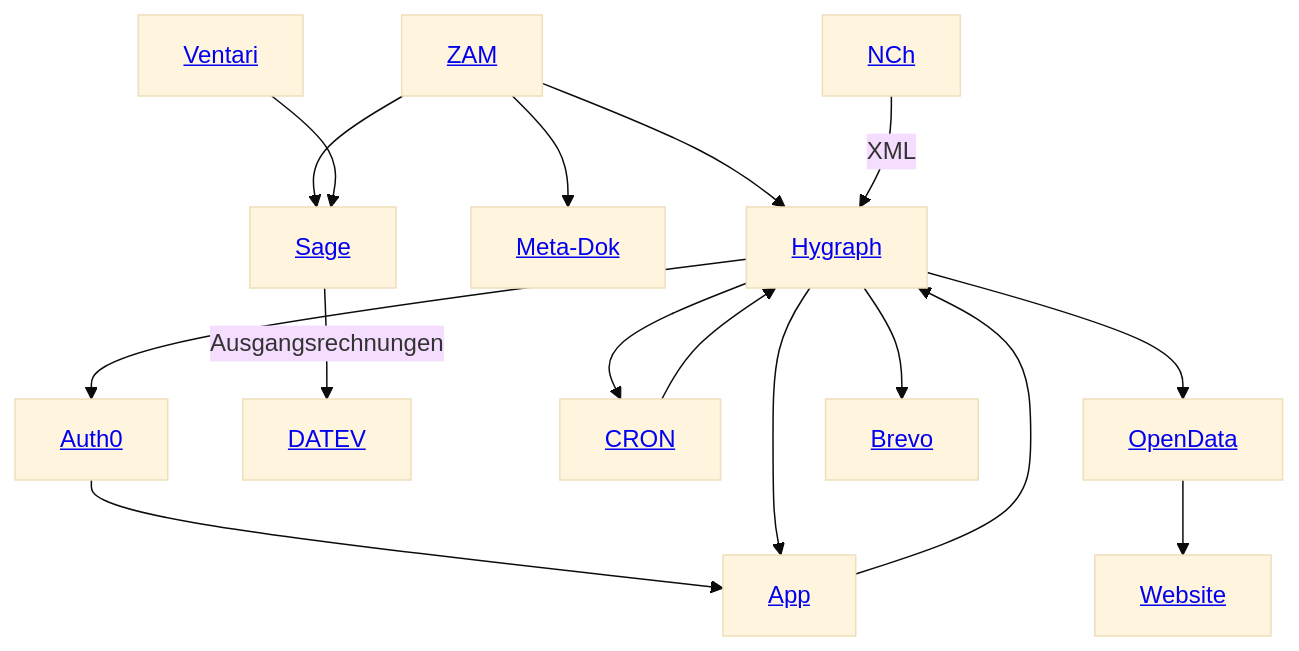
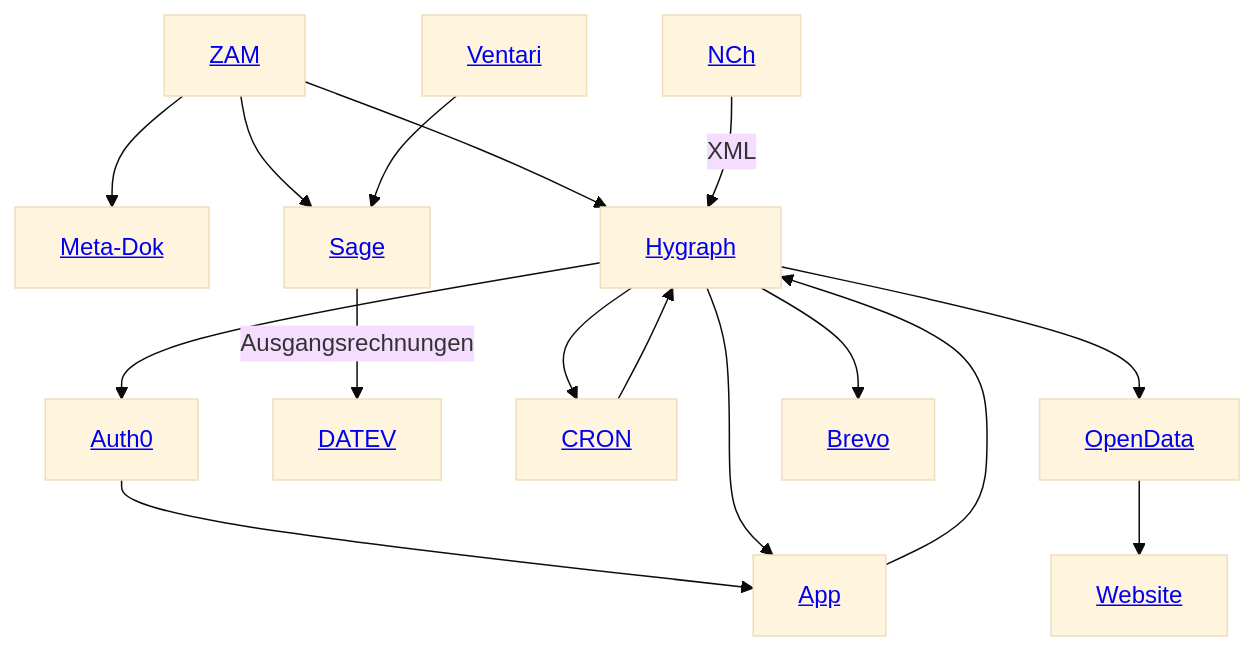
Before and after one commit to GDCh-de/docs: the diagram in infrastructure.md, drawn with Mermaid (base theme). The commit also changed other lines of this file, not shown here.

````diff
--- a/infrastructure.md
+++ b/infrastructure.md
@@ -3,11 +3,11 @@
 ```mermaid
 graph TD;
+  ZAM[<a href='/GDCh-de/docs/blob/main/ZAM.md'>ZAM</a>] --> Meta-Dok[<a href='/GDCh-de/docs/blob/main/Meta-Dok.md'>Meta-Dok</a>];
   Hygraph[<a href='/GDCh-de/docs/blob/main/hygraph.md'>Hygraph</a>] --> Auth0[<a href='/GDCh-de/docs/blob/main/Auth0.md'>Auth0</a>] --> App[<a href='/GDCh-de/docs/blob/main/App.md'>App</a>] --> Hygraph --> App;
-  ZAM[<a href='/GDCh-de/docs/blob/main/ZAM.md'>ZAM</a>] --> Meta-Dok[<a href='/GDCh-de/docs/blob/main/Meta-Dok.md'>Meta-Dok</a>];
   ZAM --> Sage[<a href='/GDCh-de/docs/blob/main/Sage.md'>Sage</a>] --> |Ausgangsrechnungen| DATEV[<a href='/GDCh-de/docs/blob/main/DATEV.md'>DATEV</a>];
   Ventari[<a href='/GDCh-de/docs/blob/main/Ventari.md'>Ventari</a>] --> Sage;
   Hygraph --> Cron[<a href='/GDCh-de/docs/blob/main/CRON.md'>CRON</a>] --> Hygraph;
   ZAM --> Hygraph;
   Hygraph --> OpenData[<a href='/GDCh-de/docs/blob/main/OpenData.md'>OpenData</a>] --> Website[<a href='/GDCh-de/docs/blob/main/Website.md'>Website</a>];
   NCh[<a href='/GDCh-de/docs/blob/main/NCh.md'>NCh</a>] --> |XML| Hygraph --> Brevo[<a href='/GDCh-de/docs/blob/main/Brevo.md'>Brevo</a>]
 ```
````
